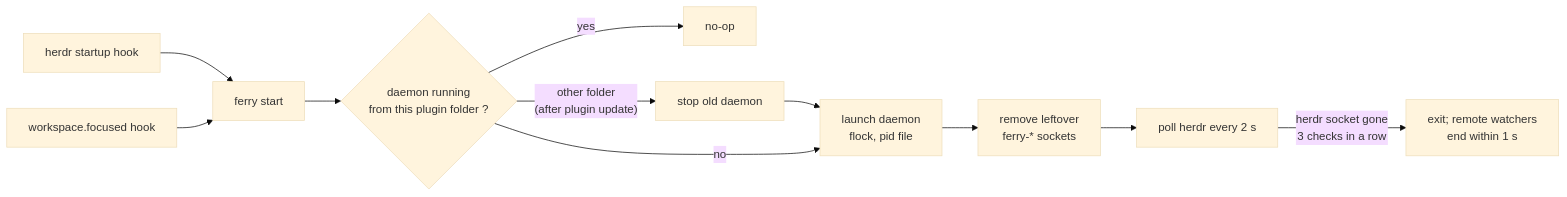
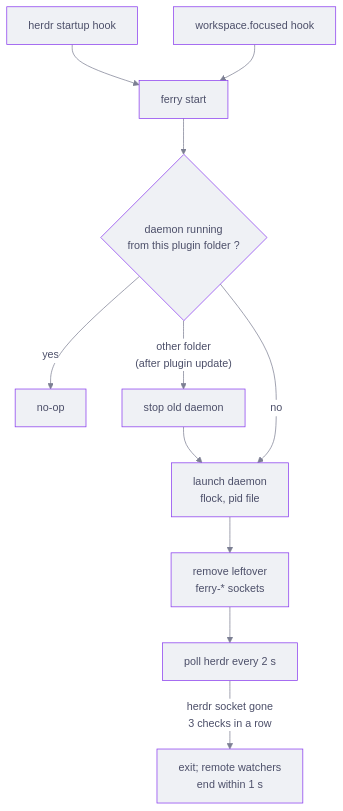
The fifth of 6 diagrams in docs/architecture.md (kujjwal02/bifrost), drawn with Mermaid before and after one commit. The commit also changed other lines of this file and 2 other files, not shown here.

Commit message:
docs: drawn architecture overview, themed and simpler diagrams

````diff
--- a/docs/architecture.md
+++ b/docs/architecture.md
@@ -194,12 +159,12 @@
 ```mermaid
-%%{init: {"theme": "base", "themeVariables": {"fontFamily": "ui-sans-serif, system-ui"}}}%%
-flowchart LR
+%%{init: {"theme": "base", "themeVariables": {"fontFamily": "ui-sans-serif, system-ui, sans-serif", "fontSize": "15px", "primaryColor": "#eff1f5", "primaryBorderColor": "#8839ef", "primaryTextColor": "#4c4f69", "lineColor": "#7c7f93", "secondaryColor": "#e6e9ef", "tertiaryColor": "#f5f5fa", "edgeLabelBackground": "#ffffff", "actorBkg": "#eff1f5", "actorBorder": "#8839ef", "actorTextColor": "#4c4f69", "signalColor": "#5c5f77", "signalTextColor": "#4c4f69", "sequenceNumberColor": "#ffffff", "labelBoxBkgColor": "#eff1f5"}}}%%
+flowchart TD
   startup["herdr startup hook"] --> start["ferry start"]
   focus["workspace.focused hook"] --> start
   start --> running{"daemon running<br/>from this plugin folder ?"}
   running -- yes --> done["no-op"]
   running -- "other folder<br/>(after plugin update)" --> stop["stop old daemon"] --> launch
   running -- no --> launch["launch daemon<br/>flock, pid file"]
   launch --> clean["remove leftover<br/>ferry-* sockets"] --> loop["poll herdr every 2 s"]
   loop -- "herdr socket gone<br/>3 checks in a row" --> exit["exit; remote watchers<br/>end within 1 s"]
 ```
````
